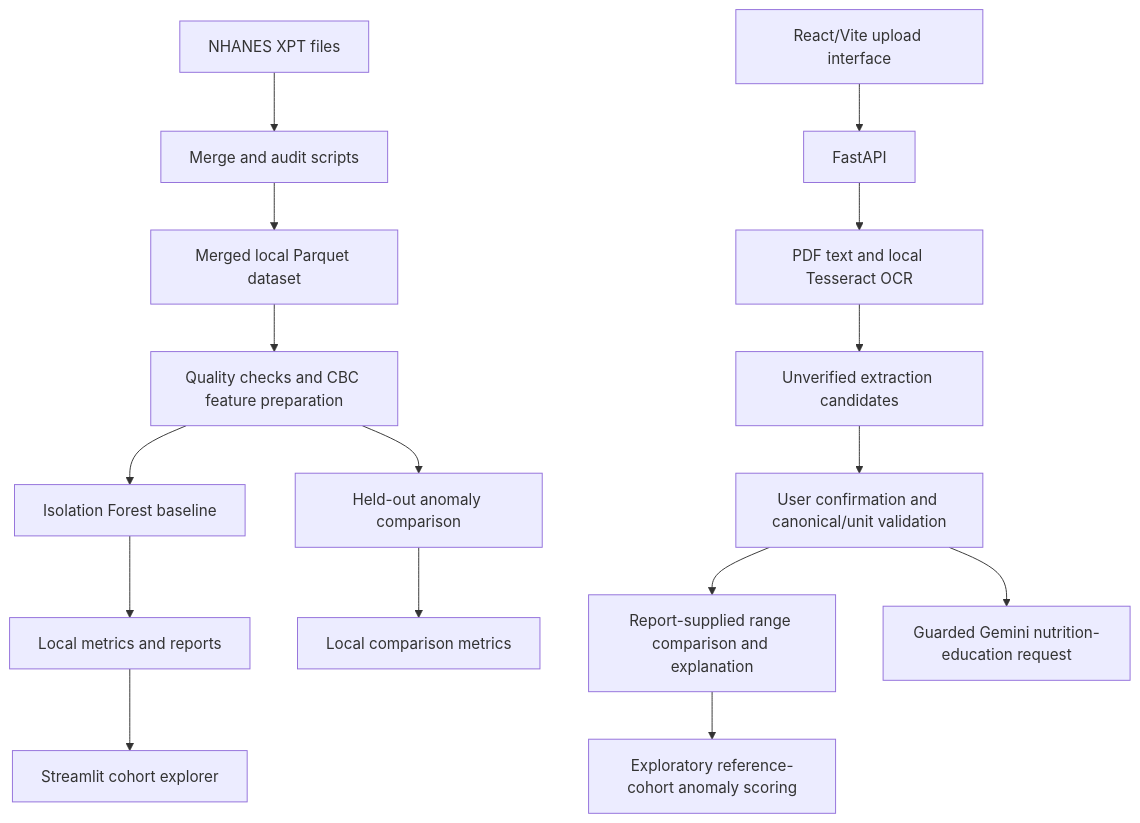
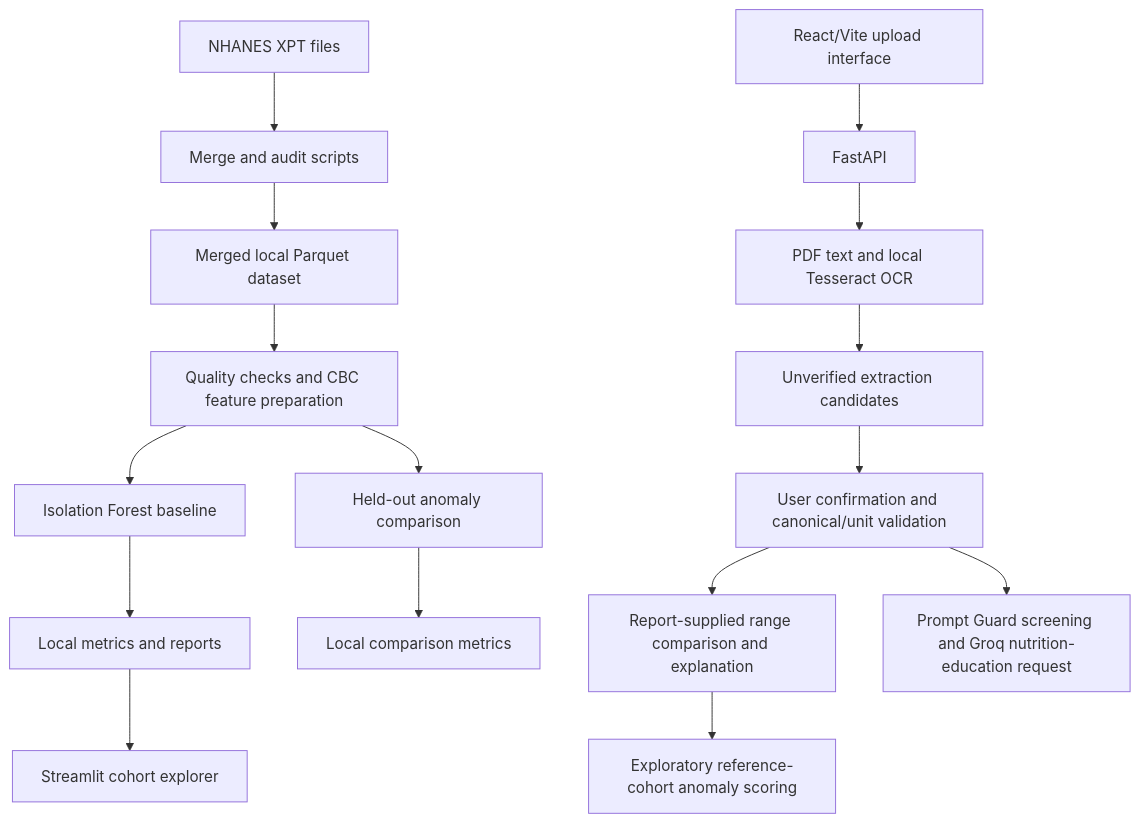
One commit to Sambhav-Ja1n/nutrifix-blood-report-ai-diet-recommender changed the diagram in README.md. Above: the diagram before and after it, drawn with Mermaid. The commit also changed other lines of this file and 5 other files, not shown here.

Commit message:
Switch nutrition recommendations to Groq

````diff
--- a/README.md
+++ b/README.md
@@ -26,18 +26,18 @@
 ```mermaid
 flowchart TD
   A[NHANES XPT files] --> B[Merge and audit scripts]
   B --> C[Merged local Parquet dataset]
   C --> D[Quality checks and CBC feature preparation]
   D --> E[Isolation Forest baseline]
   E --> F[Local metrics and reports]
   F --> G[Streamlit cohort explorer]
   D --> H[Held-out anomaly comparison]
   H --> I[Local comparison metrics]
   J[React/Vite upload interface] --> K[FastAPI]
   K --> L[PDF text and local Tesseract OCR]
   L --> R[Unverified extraction candidates]
   R --> S[User confirmation and canonical/unit validation]
   S --> T[Report-supplied range comparison and explanation]
   T --> U[Exploratory reference-cohort anomaly scoring]
-  S --> M[Guarded Gemini nutrition-education request]
+  S --> M[Prompt Guard screening and Groq nutrition-education request]
 ```
````
